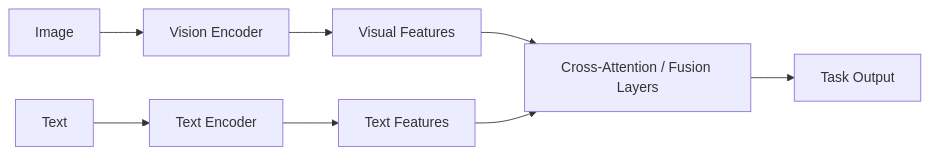
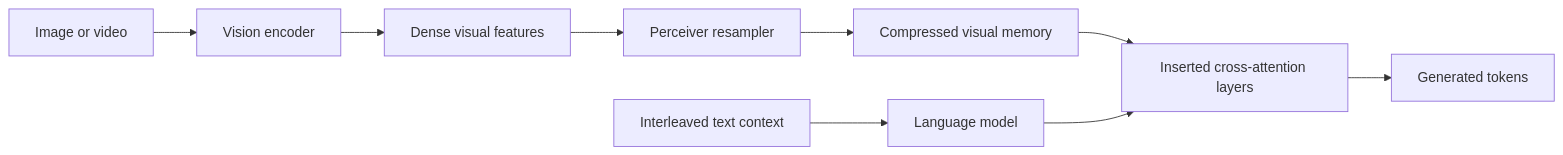
The second of 5 diagrams in docs/multimodal/vlm_architectures_and_basics.md (b-io/vlm-inference-lab), drawn with Mermaid before and after one commit. The commit also changed other lines of this file and 6 other files, not shown here.

First line of the commit message:
docs: update VLM architectures, knowledge distillation, and fix LaTeX rendering

````diff
--- a/docs/multimodal/vlm_architectures_and_basics.md
+++ b/docs/multimodal/vlm_architectures_and_basics.md
@@ -193,10 +153,11 @@
 ```mermaid
 flowchart LR
-    I[Image] --> IE[Vision Encoder]
-    T[Text] --> TE[Text Encoder]
-    IE --> VF[Visual Features]
-    TE --> TF[Text Features]
-    VF --> FUSION[Cross-Attention / Fusion Layers]
-    TF --> FUSION
-    FUSION --> OUT[Task Output]
+    I[Image or video] --> VE[Vision encoder]
+    VE --> VF[Dense visual features]
+    VF --> R[Perceiver resampler]
+    R --> RV[Compressed visual memory]
+    T[Interleaved text context] --> LM[Language model]
+    RV --> XATTN[Inserted cross-attention layers]
+    LM --> XATTN
+    XATTN --> OUT[Generated tokens]
 ```
````
